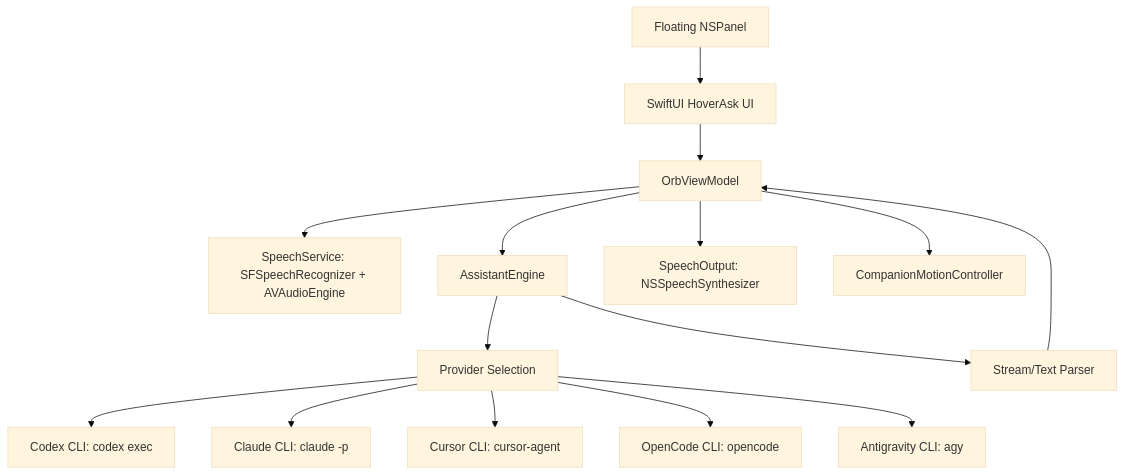
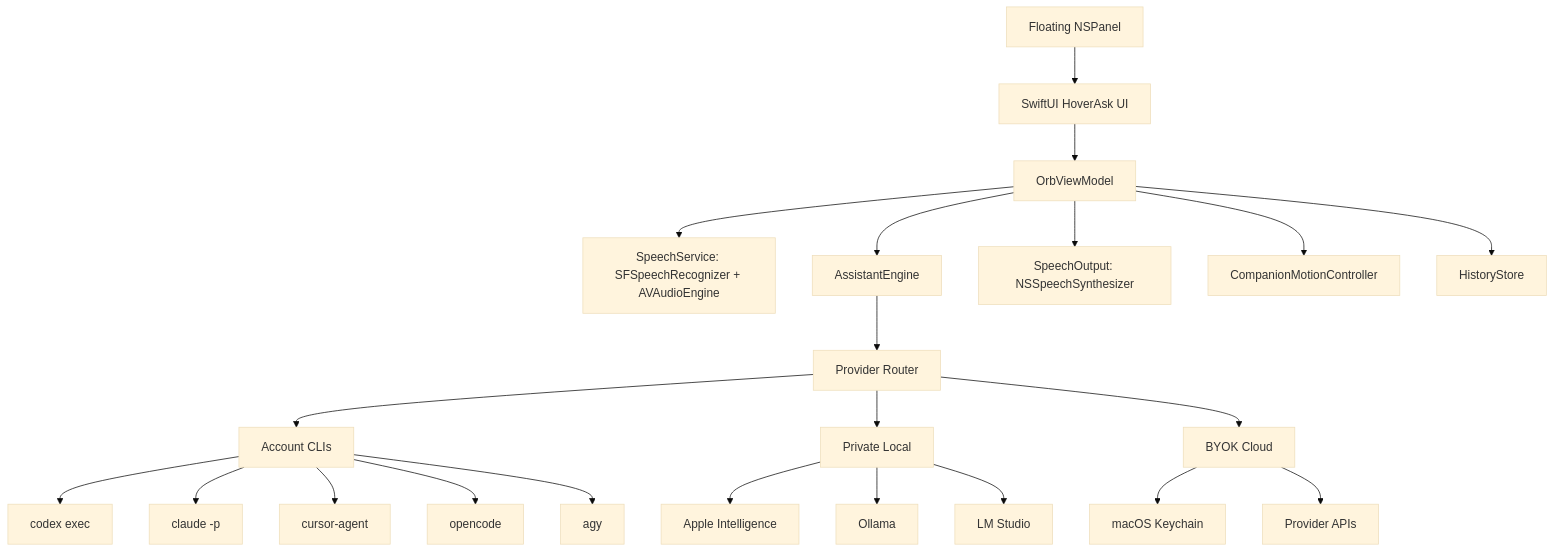
The diagram in docs/ARCHITECTURE.md (arpitagarwal1301/hoverask), drawn with Mermaid (base theme) before and after one commit. The commit also changed other lines of this file and 5 other files, not shown here.

````diff
--- a/docs/ARCHITECTURE.md
+++ b/docs/ARCHITECTURE.md
@@ -5,17 +5,24 @@
 ```mermaid
 flowchart TD
   Panel["Floating NSPanel"] --> UI["SwiftUI HoverAsk UI"]
   UI --> VM["OrbViewModel"]
   VM --> Speech["SpeechService: SFSpeechRecognizer + AVAudioEngine"]
   VM --> Engine["AssistantEngine"]
   VM --> Speak["SpeechOutput: NSSpeechSynthesizer"]
   VM --> Motion["CompanionMotionController"]
-  Engine --> Router["Provider Selection"]
-  Router --> Codex["Codex CLI: codex exec"]
-  Router --> Claude["Claude CLI: claude -p"]
-  Router --> Cursor["Cursor CLI: cursor-agent"]
-  Router --> OpenCode["OpenCode CLI: opencode"]
-  Router --> Antigravity["Antigravity CLI: agy"]
-  Engine --> Parser["Stream/Text Parser"]
-  Parser --> VM
+  VM --> History["HistoryStore"]
+  Engine --> Router["Provider Router"]
+  Router --> CLI["Account CLIs"]
+  Router --> Local["Private Local"]
+  Router --> BYOK["BYOK Cloud"]
+  CLI --> Codex["codex exec"]
+  CLI --> Claude["claude -p"]
+  CLI --> Cursor["cursor-agent"]
+  CLI --> OpenCode["opencode"]
+  CLI --> Antigravity["agy"]
+  Local --> Apple["Apple Intelligence"]
+  Local --> Ollama["Ollama"]
+  Local --> LMStudio["LM Studio"]
+  BYOK --> Keychain["macOS Keychain"]
+  BYOK --> Cloud["Provider APIs"]
 ```
````
